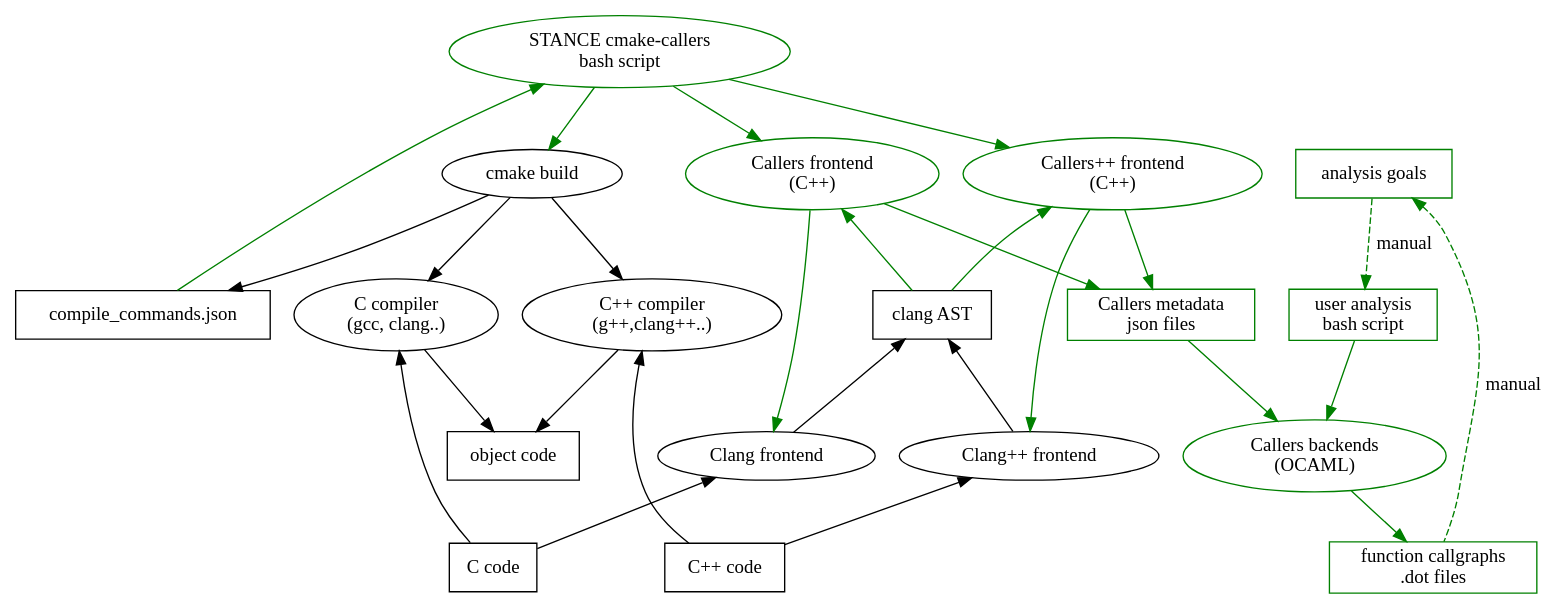
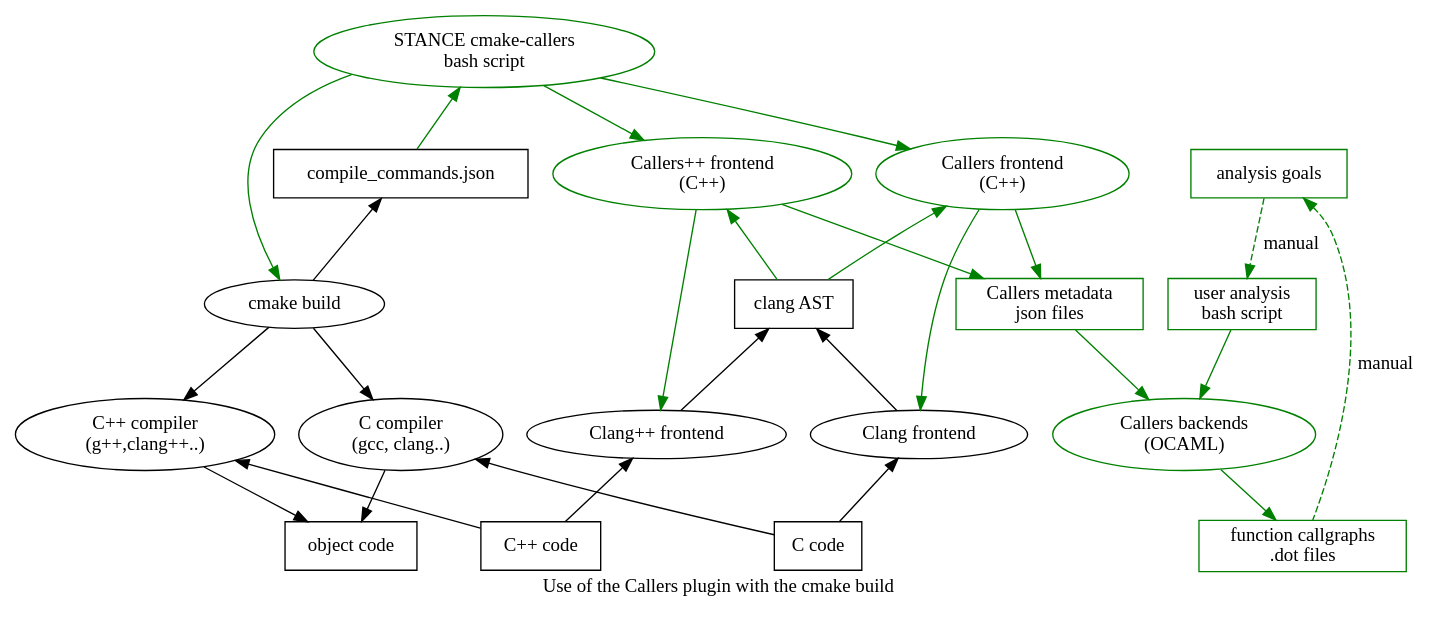
The second of 8 diagrams in doc/callers.org (hbalp/callers), drawn with Graphviz before and after one commit. The commit also changed other lines of this file, not shown here.

Commit message:
1) Added clang & frama-C VA analysis processes. 2) Added scripts dot2png.gen.sh and a clean.gen.sh

```diff
--- a/doc/callers.org
+++ b/doc/callers.org
@@ -221,6 +232,10 @@
     #+BEGIN_SRC dot :tangle callers.cmake.gen.dot
-digraph "Callers integration with Clang/LLVM " 
+digraph "Use of the Callers plugin with the cmake build"
 {
+// title
+labelloc="b"
+label="Use of the Callers plugin with the cmake build"
+
 "cmake-callers" [ label="STANCE cmake-callers\nbash script", color=green ]
 
 // compilation
@@ -243,7 +258,8 @@
 "compile_commands" [ label="compile_commands.json", shape=box ]
 "cmake build" -> "cpp compiler"
 "cmake build" -> "c compiler"
-"cmake build" -> "compile_commands"
+//"cmake build" -> "compile_commands"
+"compile_commands" -> "cmake build" [ dir=back ]
 
 "cmake-callers" -> "compile_commands" [ dir=back, color=green ]
 
```
